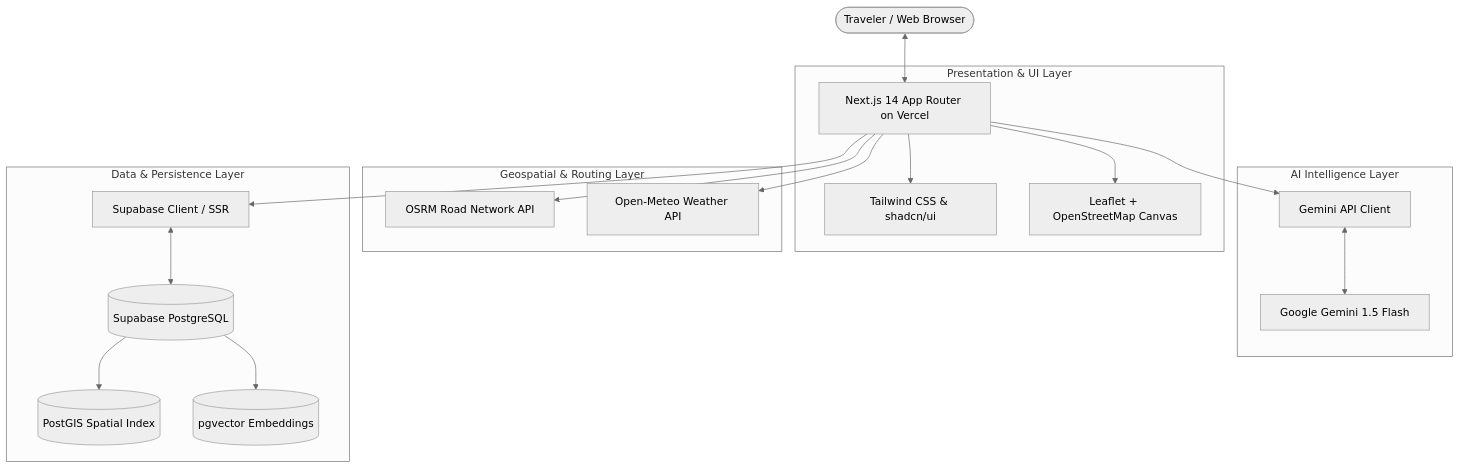
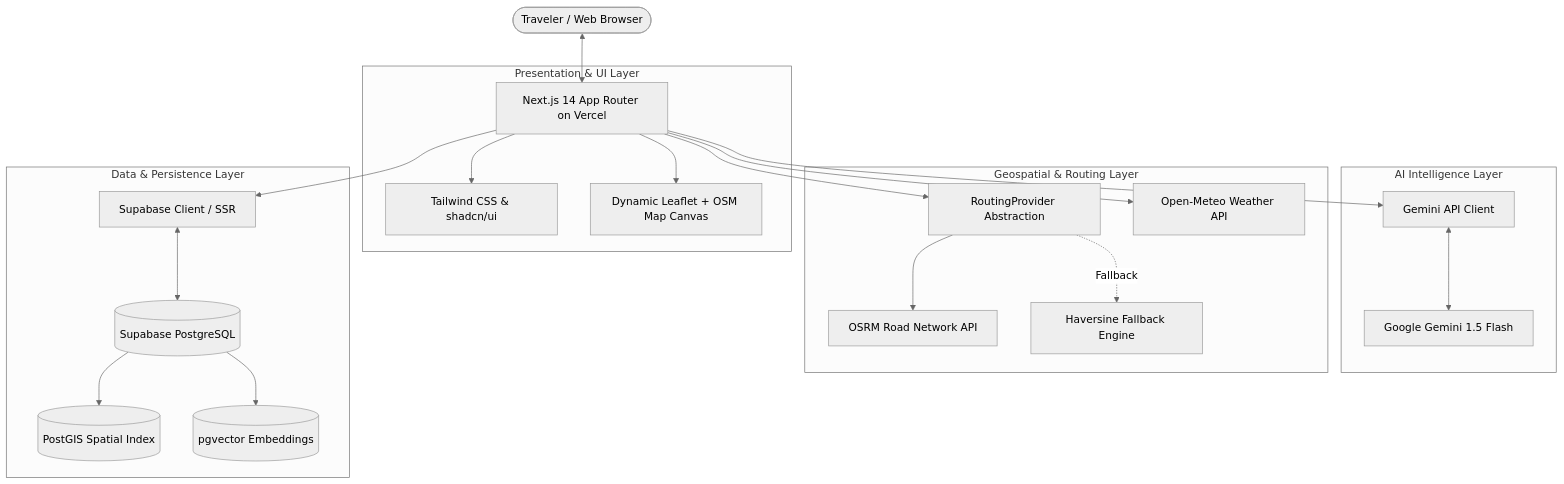
The diagram in docs/architecture.md (sourabhsk0001/Rimjhim-Roams), drawn with Mermaid (neutral theme) before and after one commit. The commit also changed other lines of this file and 10 other files, not shown here.

Commit message:
feat: complete Phase 3 real geospatial functionality — Leaflet maps, OSRM routing provider, and interactive explore view

````diff
--- a/docs/architecture.md
+++ b/docs/architecture.md
@@ -5,26 +5,28 @@
 ```mermaid
 flowchart TD
     User([Traveler / Web Browser]) <--> NextApp[Next.js 14 App Router on Vercel]
 
     subgraph Presentation & UI Layer
         NextApp --> Tailwind[Tailwind CSS & shadcn/ui]
-        NextApp --> LeafletMap[Leaflet + OpenStreetMap Canvas]
+        NextApp --> LeafletMap[Dynamic Leaflet + OSM Map Canvas]
     end
 
     subgraph AI Intelligence Layer
         NextApp --> GeminiAdapter[Gemini API Client]
         GeminiAdapter <--> GeminiEngine[Google Gemini 1.5 Flash]
     end
 
     subgraph Geospatial & Routing Layer
-        NextApp --> OSRM[OSRM Road Network API]
+        NextApp --> RoutingService[RoutingProvider Abstraction]
+        RoutingService --> OSRM[OSRM Road Network API]
+        RoutingService -. Fallback .-> HaversineEngine[Haversine Fallback Engine]
         NextApp --> OpenMeteo[Open-Meteo Weather API]
     end
 
     subgraph Data & Persistence Layer
         NextApp --> SupabaseSSR[Supabase Client / SSR]
         SupabaseSSR <--> Postgres[(Supabase PostgreSQL)]
         Postgres --> PostGIS[(PostGIS Spatial Index)]
         Postgres --> PgVector[(pgvector Embeddings)]
     end
 ```
````
